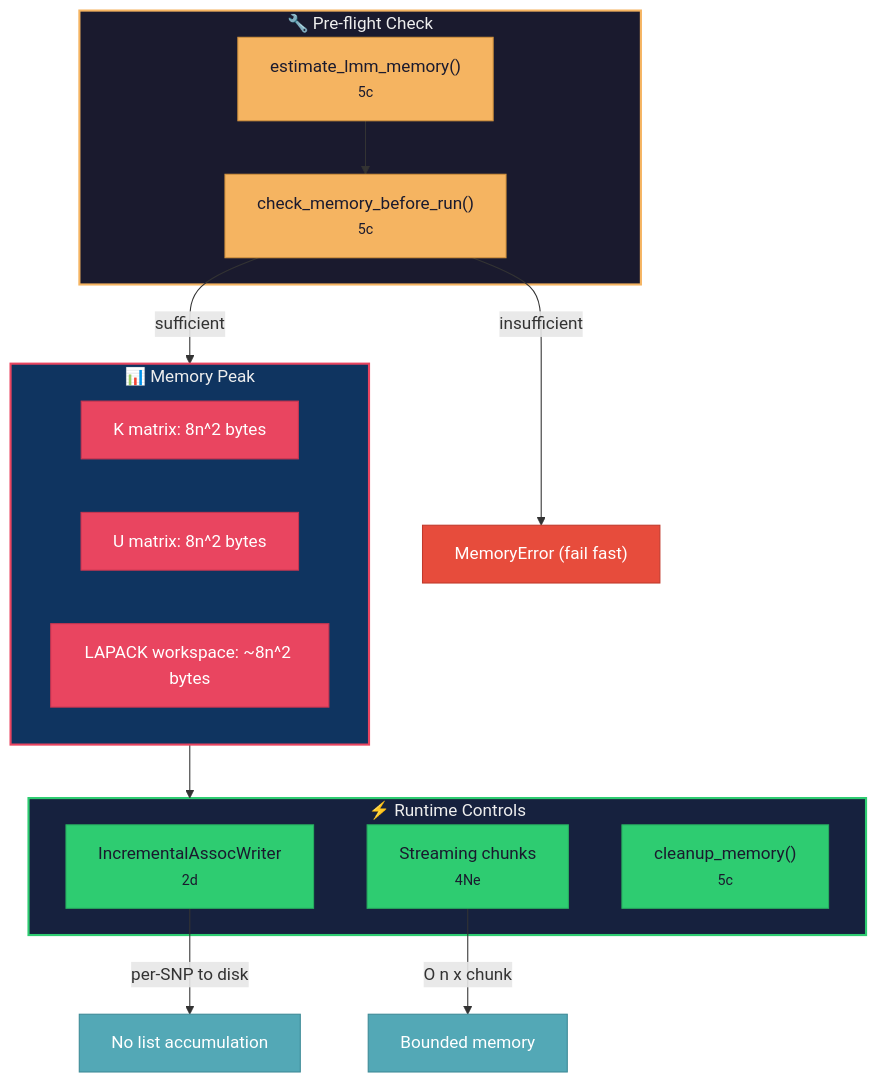
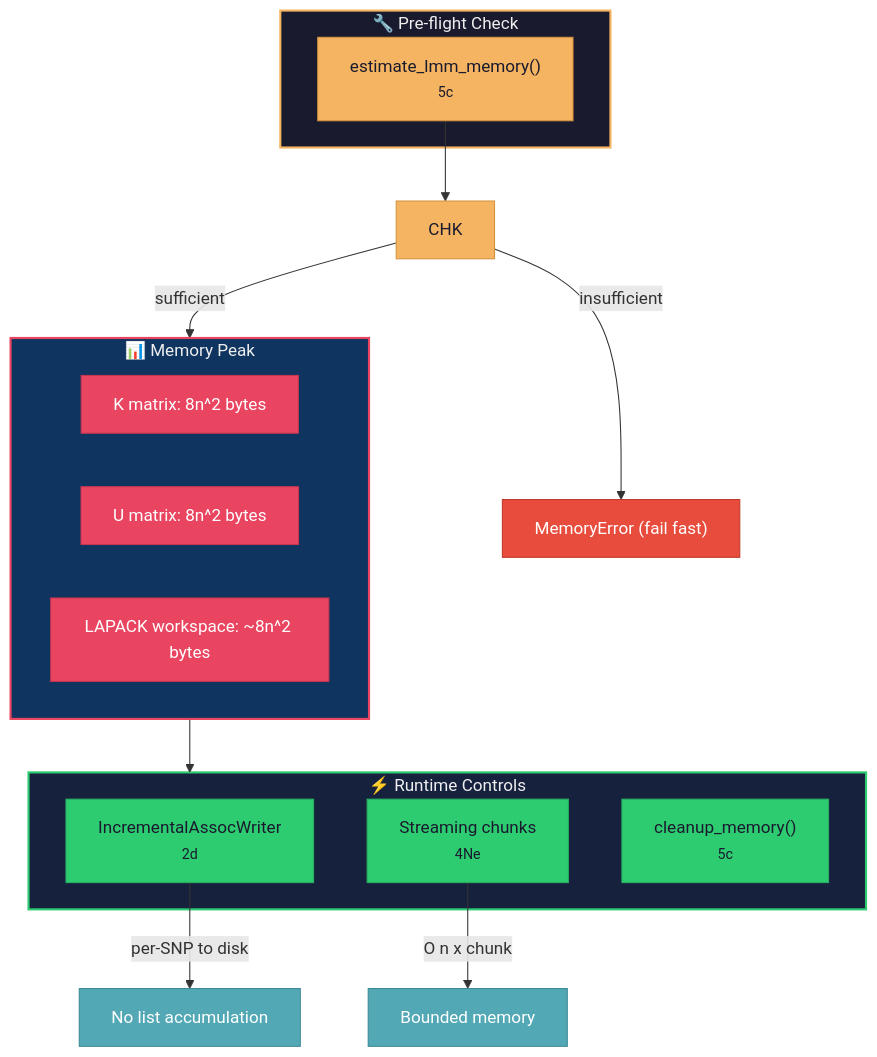
The fourth of 5 diagrams in docs/CODEMAP.md (michael-denyer/jamma), drawn with Mermaid before and after one commit. The commit also changed other lines of this file and 34 other files, not shown here.

````diff
--- a/docs/CODEMAP.md
+++ b/docs/CODEMAP.md
@@ -444,42 +441,41 @@
 ```mermaid
 flowchart TD
     subgraph Preflight["🔧 Pre-flight Check"]
         EST["estimate_lmm_memory()<br/><small>5c</small>"]
-        CHK["check_memory_before_run()<br/><small>5c</small>"]
     end
 
     subgraph Peak["📊 Memory Peak"]
         KM["K matrix: 8n^2 bytes"]
         UM["U matrix: 8n^2 bytes"]
         WS["LAPACK workspace: ~8n^2 bytes"]
     end
 
     subgraph Runtime["⚡ Runtime Controls"]
         INC["IncrementalAssocWriter<br/><small>2d</small>"]
         STR["Streaming chunks<br/><small>4Ne</small>"]
         CLN["cleanup_memory()<br/><small>5c</small>"]
     end
 
     EST --> CHK
     CHK -->|insufficient| FAIL["MemoryError (fail fast)"]
     CHK -->|sufficient| Peak
     Peak --> Runtime
     INC -->|per-SNP to disk| DISK["No list accumulation"]
     STR -->|O n x chunk| LOW["Bounded memory"]
 
     style Preflight fill:#1a1a2e,stroke:#f5b461,color:#eee,stroke-width:2px
     style Peak fill:#0f3460,stroke:#e94560,color:#eee,stroke-width:2px
     style Runtime fill:#16213e,stroke:#2ecc71,color:#eee,stroke-width:2px
 
     style EST fill:#f5b461,stroke:#d4943f,color:#1a1a2e
     style CHK fill:#f5b461,stroke:#d4943f,color:#1a1a2e
     style KM fill:#e94560,stroke:#c73550,color:#fff
     style UM fill:#e94560,stroke:#c73550,color:#fff
     style WS fill:#e94560,stroke:#c73550,color:#fff
     style FAIL fill:#e74c3c,stroke:#c0392b,color:#fff
     style INC fill:#2ecc71,stroke:#27ae60,color:#1a1a2e
     style STR fill:#2ecc71,stroke:#27ae60,color:#1a1a2e
     style CLN fill:#2ecc71,stroke:#27ae60,color:#1a1a2e
     style DISK fill:#53a8b6,stroke:#3d8a96,color:#fff
     style LOW fill:#53a8b6,stroke:#3d8a96,color:#fff
 ```
````
